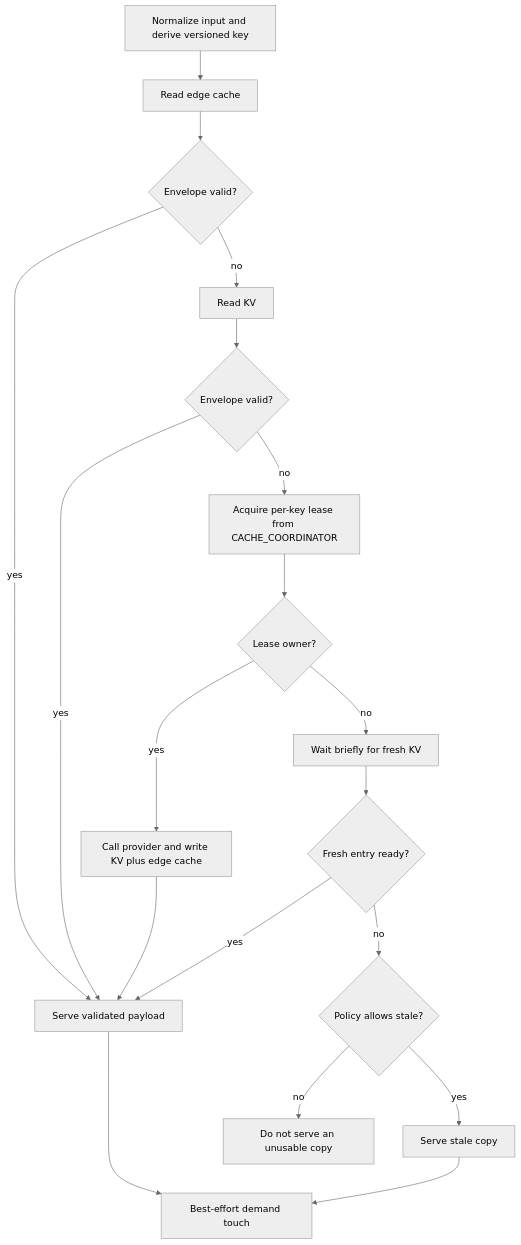
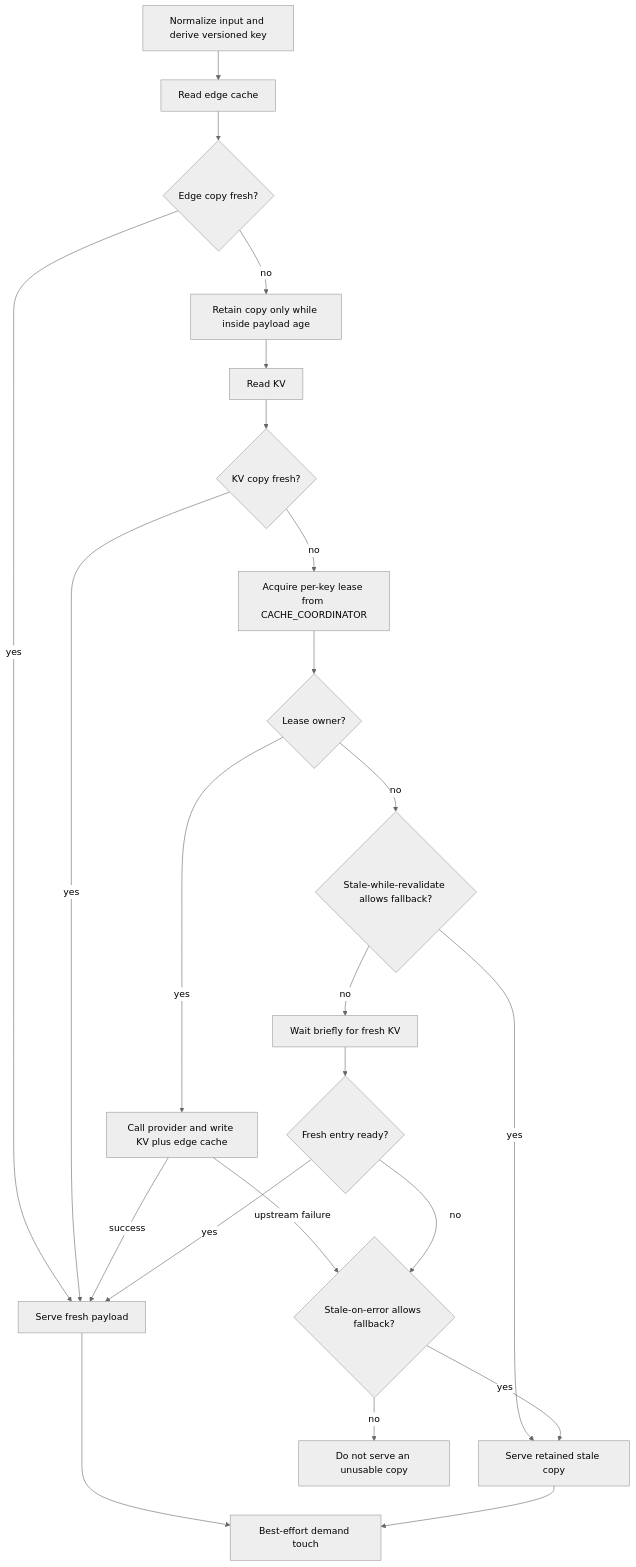
Before and after one commit to benvon/runway-picker: the first of 2 diagrams in docs/cache-architecture.md, drawn with Mermaid (neutral theme). The commit also changed other lines of this file, not shown here.

Commit message:
docs(cache): distinguish fresh hits from stale fallbacks
A valid envelope is served immediately only while it is still fresh. Stale copies stay fallbacks and still go through refresh.

````diff
--- a/docs/cache-architecture.md
+++ b/docs/cache-architecture.md
@@ -43,31 +43,37 @@
 ```mermaid
 flowchart TD
   normalize["Normalize input and derive versioned key"]
   edge["Read edge cache"]
-  edgeValid{"Envelope valid?"}
+  edgeFresh{"Edge copy fresh?"}
   kv["Read KV"]
-  kvValid{"Envelope valid?"}
+  kvFresh{"KV copy fresh?"}
+  hold["Retain copy only while inside payload age"]
   lease["Acquire per-key lease from CACHE_COORDINATOR"]
   owner{"Lease owner?"}
   provider["Call provider and write KV plus edge cache"]
+  swr{"Stale-while-revalidate allows fallback?"}
   wait["Wait briefly for fresh KV"]
-  fresh{"Fresh entry ready?"}
-  stale{"Policy allows stale?"}
-  serve["Serve validated payload"]
-  serveStale["Serve stale copy"]
+  freshReady{"Fresh entry ready?"}
+  soe{"Stale-on-error allows fallback?"}
+  serve["Serve fresh payload"]
+  serveStale["Serve retained stale copy"]
   touch["Best-effort demand touch"]
 
-  normalize --> edge --> edgeValid
-  edgeValid -->|yes| serve
-  edgeValid -->|no| kv --> kvValid
-  kvValid -->|yes| serve
-  kvValid -->|no| lease --> owner
-  owner -->|yes| provider --> serve
-  owner -->|no| wait --> fresh
-  fresh -->|yes| serve
-  fresh -->|no| stale
-  stale -->|yes| serveStale
-  stale -->|no| failClosed["Do not serve an unusable copy"]
+  normalize --> edge --> edgeFresh
+  edgeFresh -->|yes| serve
+  edgeFresh -->|no| hold --> kv --> kvFresh
+  kvFresh -->|yes| serve
+  kvFresh -->|no| lease --> owner
+  owner -->|yes| provider
+  provider -->|success| serve
+  provider -->|upstream failure| soe
+  owner -->|no| swr
+  swr -->|yes| serveStale
+  swr -->|no| wait --> freshReady
+  freshReady -->|yes| serve
+  freshReady -->|no| soe
+  soe -->|yes| serveStale
+  soe -->|no| failClosed["Do not serve an unusable copy"]
   serve --> touch
   serveStale --> touch
 ```
````
